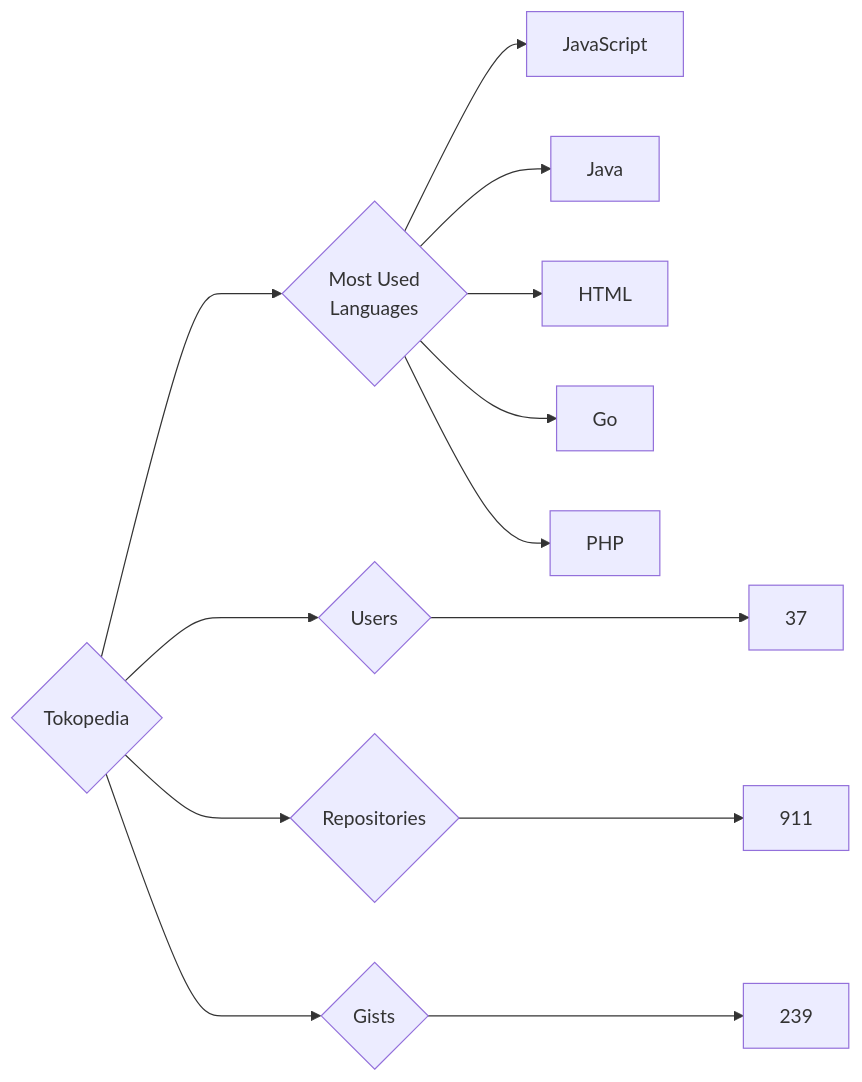
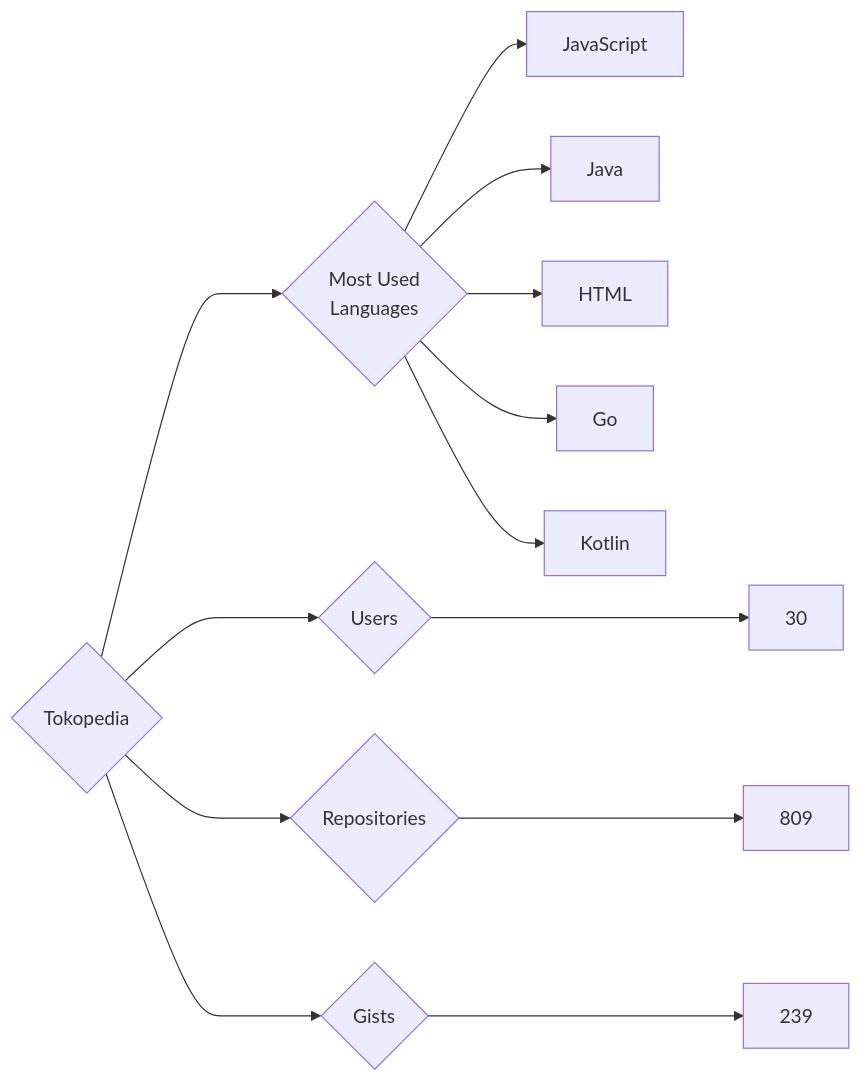
Before and after one commit to trickest/insiders: the diagram in targets/Tokopedia/README.md, drawn with Mermaid. The commit also changed 681 other files, not shown here.

````diff
--- a/targets/Tokopedia/README.md
+++ b/targets/Tokopedia/README.md
@@ -3,13 +3,13 @@
 ```mermaid
 graph LR
 COMPANY_NAME{Tokopedia}
-COMPANY_NAME ---> U{Users} ---> UN[37]
-COMPANY_NAME ---> R{Repositories} ---> RN[911]
+COMPANY_NAME ---> U{Users} ---> UN[30]
+COMPANY_NAME ---> R{Repositories} ---> RN[809]
 COMPANY_NAME ---> G{Gists} ---> GN[239]
 COMPANY_NAME ---> ML{Most Used<br>Languages}
 ML --> JavaScript[JavaScript]
 ML --> Java[Java]
 ML --> HTML[HTML]
 ML --> Go[Go]
-ML --> PHP[PHP]
+ML --> Kotlin[Kotlin]
 ```
````
